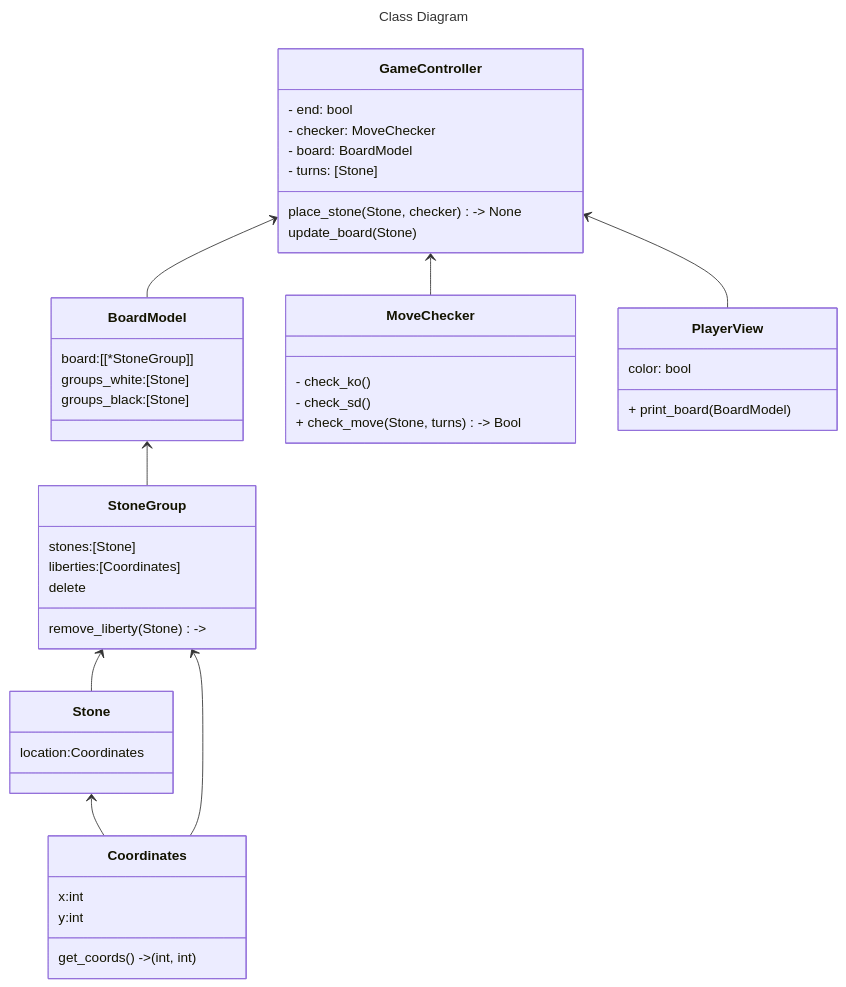
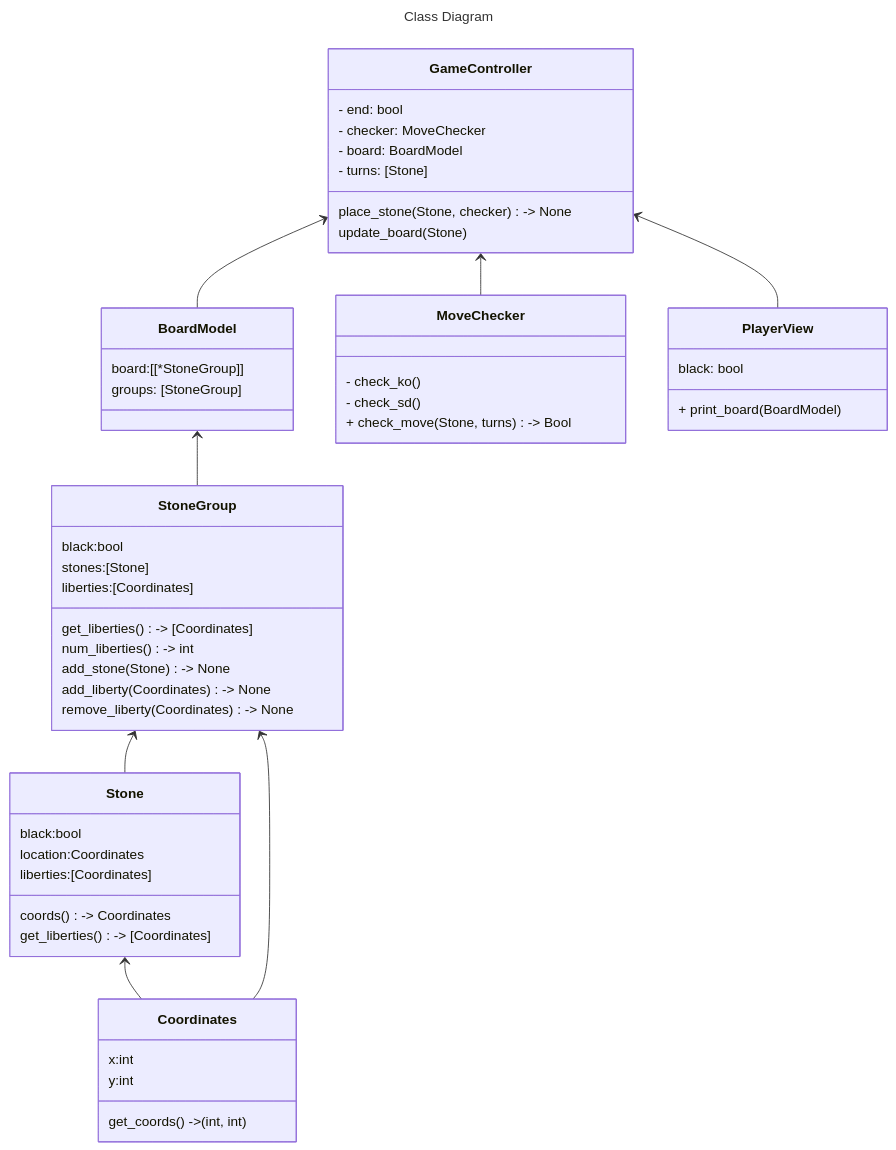
Before and after one commit to adeshkadambi/go: the diagram in README.md, drawn with Mermaid. The commit also changed 5 other files, not shown here.

````diff
--- a/README.md
+++ b/README.md
@@ -4,60 +4,68 @@
 ```mermaid
 ---
 title: Class Diagram
 ---
 classDiagram
 
     GameController <-- BoardModel
     BoardModel <-- StoneGroup
     StoneGroup <-- Stone
     GameController <-- MoveChecker
     GameController <-- PlayerView
     Stone <-- Coordinates
     StoneGroup <-- Coordinates
 
     class BoardModel {
         board:[[*StoneGroup]]
-        groups_white:[Stone]
-        groups_black:[Stone]
+        groups: [StoneGroup]
     }
 
     class GameController {
         - end: bool
         - checker: MoveChecker
         - board: BoardModel
         - turns: [Stone]
 
         place_stone(Stone, checker) -> None
         update_board(Stone)
     }
 
     class MoveChecker{
         - check_ko()
         - check_sd()
         + check_move(Stone, turns) -> Bool
     }
 
     class PlayerView {
-        color: bool
+        black: bool
 
         + print_board(BoardModel)
-    }
-
-    class Stone {
-        location:Coordinates
     }
 
     class Coordinates {
         x:int
         y:int
         get_coords() -> (int, int)
     }
 
+    class Stone {
+        black:bool
+        location:Coordinates
+        liberties:[Coordinates]
+
+        coords() -> Coordinates
+        get_liberties() -> [Coordinates]
+    }
+
     class StoneGroup {
+        black:bool
         stones:[Stone]
         liberties:[Coordinates]
 
-        remove_liberty(Stone) ->
-        delete   
+        get_liberties() -> [Coordinates]
+        num_liberties() -> int
+        add_stone(Stone) -> None
+        add_liberty(Coordinates) -> None
+        remove_liberty(Coordinates) -> None
     }
 ```
````
